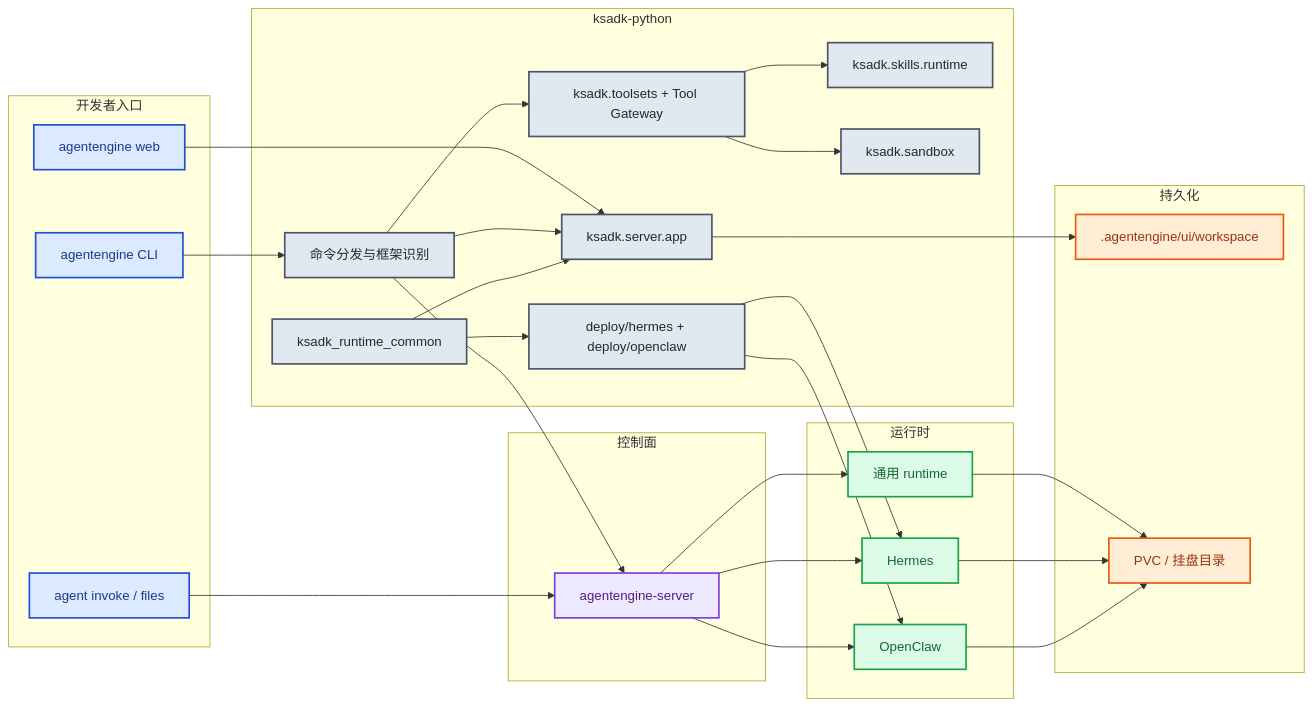
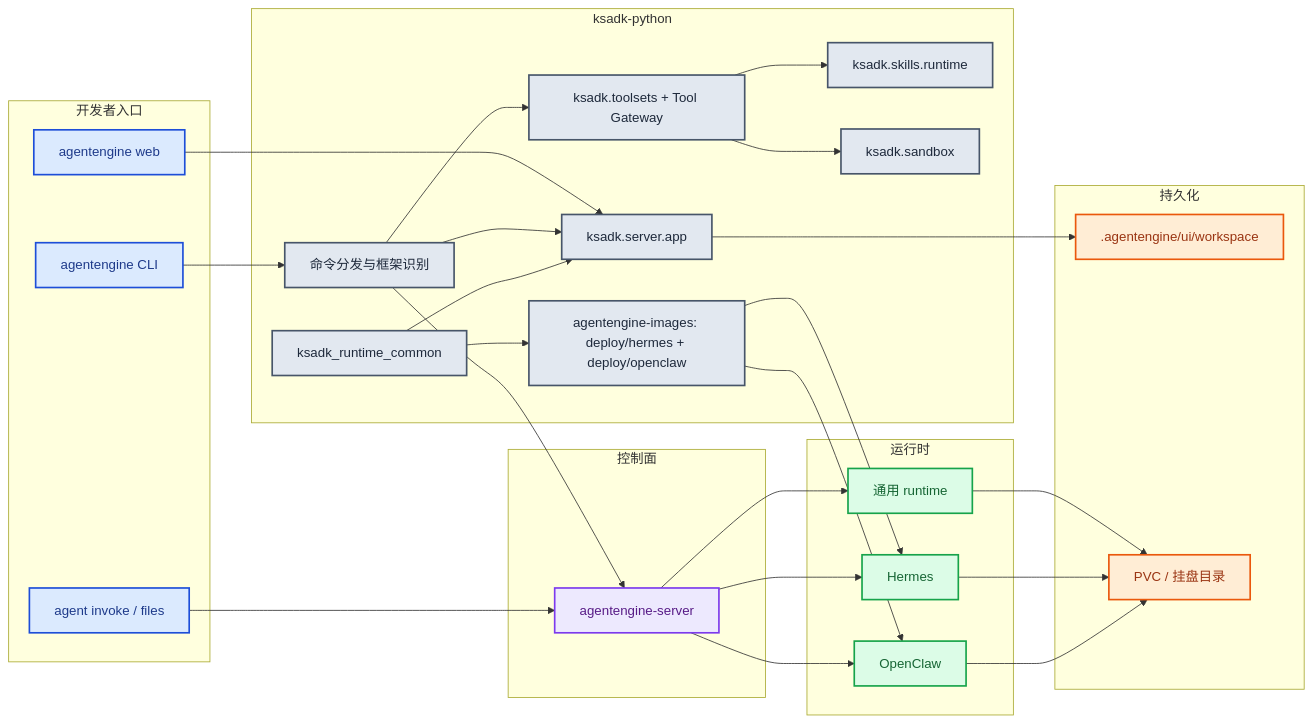
One commit to kingsoftcloud/ksadk-python changed the first of 5 diagrams in docs/reference/ksadk技术设计.md. Above: the diagram before and after it, drawn with Mermaid. The commit also changed other lines of this file and 4 other files, not shown here.

First line of the commit message:
docs: 完整修正 deploy/hermes|openclaw 迁出路径引用（含 mermaid 图）

````diff
--- a/docs/reference/ksadk技术设计.md
+++ b/docs/reference/ksadk技术设计.md
@@ -32,59 +32,59 @@
 ```mermaid
 flowchart LR
   classDef client fill:#dbeafe,stroke:#1d4ed8,stroke-width:2px,color:#1e3a8a;
   classDef control fill:#ede9fe,stroke:#7c3aed,stroke-width:2px,color:#581c87;
   classDef data fill:#dcfce7,stroke:#16a34a,stroke-width:2px,color:#166534;
   classDef storage fill:#ffedd5,stroke:#ea580c,stroke-width:2px,color:#9a3412;
   classDef runtime fill:#e2e8f0,stroke:#475569,stroke-width:2px,color:#1e293b;
 
   subgraph Client["开发者入口"]
     CLI["agentengine CLI"]:::client
     Web["agentengine web"]:::client
     Invoke["agent invoke / files"]:::client
   end
 
   subgraph Repo["ksadk-python"]
     Dispatch["命令分发与框架识别"]:::runtime
     Local["ksadk.server.app"]:::runtime
     Common["ksadk_runtime_common"]:::runtime
     Toolsets["ksadk.toolsets + Tool Gateway"]:::runtime
     SkillRT["ksadk.skills.runtime"]:::runtime
     Sandbox["ksadk.sandbox"]:::runtime
-    Assets["deploy/hermes + deploy/openclaw"]:::runtime
+    Assets["agentengine-images: deploy/hermes + deploy/openclaw"]:::runtime
   end
 
   subgraph Control["控制面"]
     Server["agentengine-server"]:::control
   end
 
   subgraph Runtime["运行时"]
     Generic["通用 runtime"]:::data
     Hermes["Hermes"]:::data
     OpenClaw["OpenClaw"]:::data
   end
 
   subgraph Storage["持久化"]
     LocalRoot[".agentengine/ui/workspace"]:::storage
     PVC["PVC / 挂盘目录"]:::storage
   end
 
   CLI --> Dispatch
   Web --> Local
   Invoke --> Server
   Dispatch --> Local
   Dispatch --> Server
   Dispatch --> Toolsets
   Toolsets --> SkillRT
   Toolsets --> Sandbox
   Common --> Local
   Common --> Assets
   Assets --> Hermes
   Assets --> OpenClaw
   Server --> Generic
   Server --> Hermes
   Server --> OpenClaw
   Local --> LocalRoot
   Generic --> PVC
   Hermes --> PVC
   OpenClaw --> PVC
 ```
````
